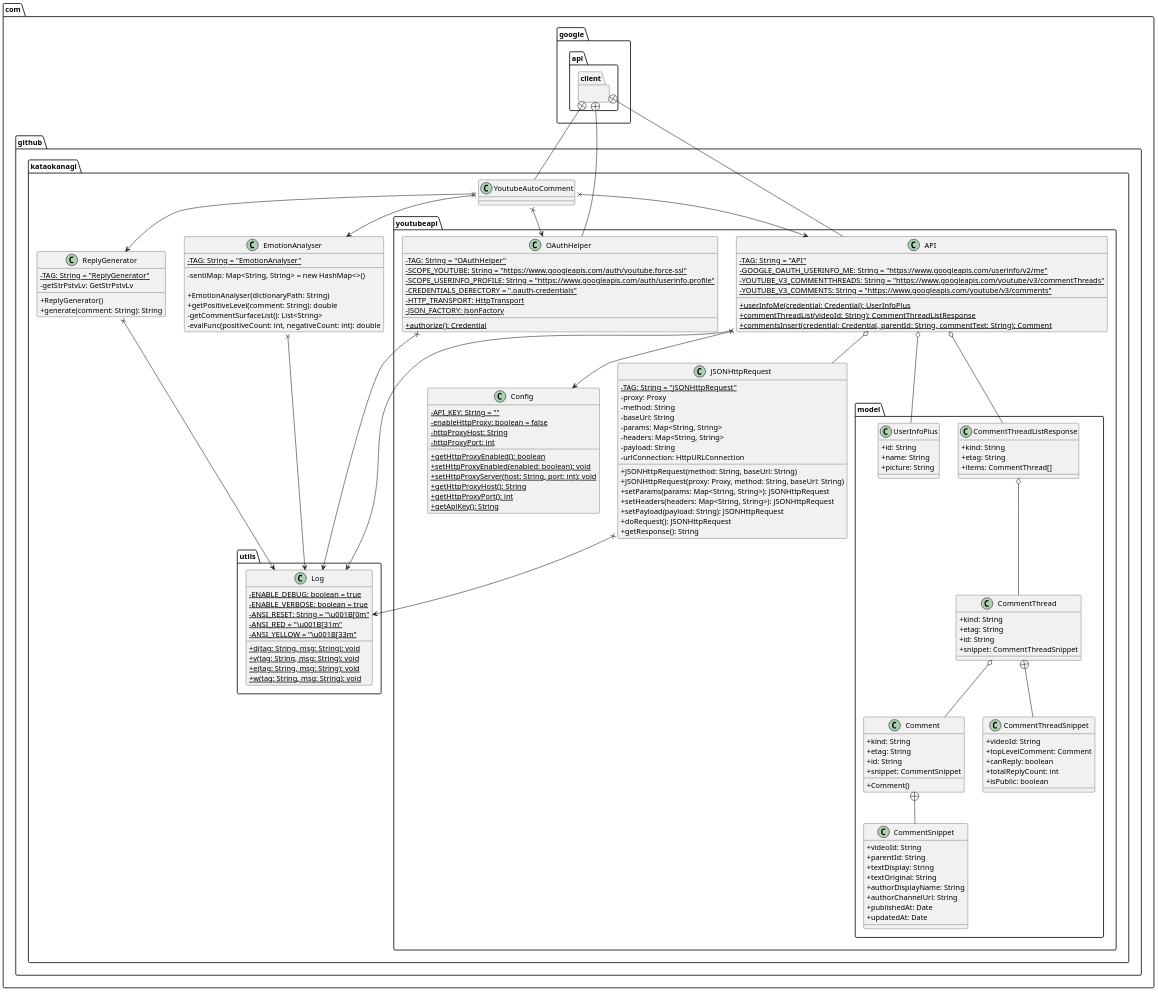
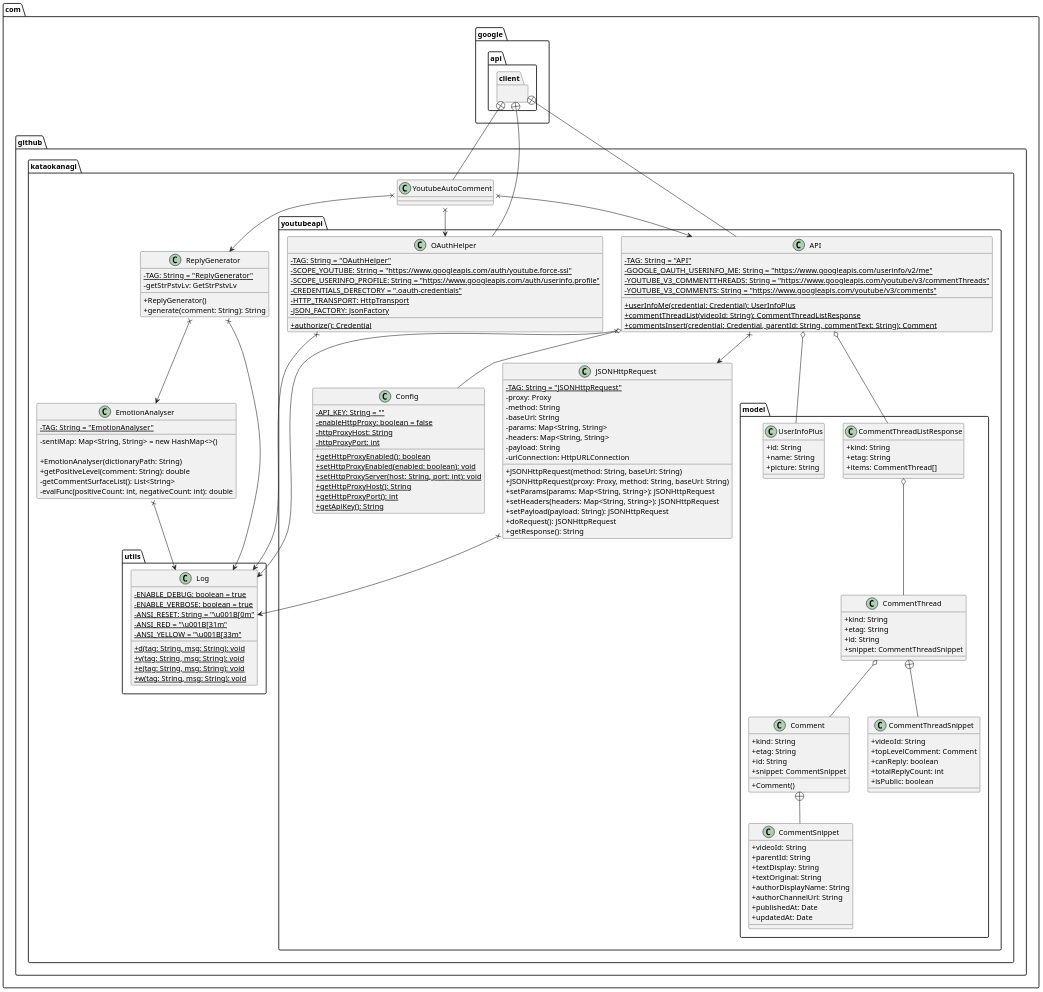
One commit to KataokaNagi/YoutubeAutoComment changed the diagram in uml/YoutubeAutoComment_ClassDiagram.pu. Above: the diagram before and after it, drawn with PlantUML. The commit also changed other lines of this file, not shown here.

Commit message:
クラス図微調整

```diff
--- a/uml/YoutubeAutoComment_ClassDiagram.pu
+++ b/uml/YoutubeAutoComment_ClassDiagram.pu
@@ -11,196 +11,196 @@
 @startuml out/ClassDiagram.png
 scale 1.5
 skinparam DefaultFontName メイリオ
 ' 可視性の変更
 skinparam classAttributeIconSize 0
 
 ' class def
 ' @see https://qiita.com/KeithYokoma/items/ee21fec6a3ebb5d1e9a8
 
 package com.github.kataokanagi {
   package com.github.kataokanagi.utils {
   }
   package com.github.kataokanagi.youtubeapi {
     package com.github.kataokanagi.youtubeapi.model {
     }
   }
 }
 
 package com.google.api.client {
 }
 
 package com.github.kataokanagi.utils {
     class Log {
         - {static} ENABLE_DEBUG: boolean = true
         - {static} ENABLE_VERBOSE: boolean = true
         - {static} ANSI_RESET: String = "\u001B[0m"
         - {static} ANSI_RED = "\u001B[31m"
         - {static} ANSI_YELLOW = "\u001B[33m"
 
         + {static} d(tag: String, msg: String): void
         + {static} v(tag: String, msg: String): void
         + {static} e(tag: String, msg: String): void
         + {static} w(tag: String, msg: String): void
     }
 }
 
 package com.github.kataokanagi.youtubeapi.model {
     class Comment {
         + kind: String
         + etag: String
         + id: String
         + snippet: CommentSnippet
 
         + Comment()
     }
 
     class CommentSnippet {
         + videoId: String
         + parentId: String
         + textDisplay: String
         + textOriginal: String
         + authorDisplayName: String
         + authorChannelUrl: String
         + publishedAt: Date
         + updatedAt: Date
     }
 
     Comment +-- CommentSnippet
 
     class CommentThread {
         + kind: String
         + etag: String
         + id: String
         + snippet: CommentThreadSnippet
     }
 
     class CommentThreadSnippet {
         + videoId: String
         + topLevelComment: Comment
         + canReply: boolean
         + totalReplyCount: int
         + isPublic: boolean
     }
 
     CommentThread +-- CommentThreadSnippet
 
     class CommentThreadListResponse {
         + kind: String
         + etag: String
         + items: CommentThread[]
     }
 
     CommentThreadListResponse o-- CommentThread
     CommentThread o-- Comment
 
     class UserInfoPlus {
         + id: String
         + name: String
         + picture: String
     }
 }
 
 package com.github.kataokanagi.youtubeapi {
     class API {
         - {static} TAG: String = "API"
         - {static} GOOGLE_OAUTH_USERINFO_ME: String = "https://www.googleapis.com/userinfo/v2/me"
         - {static} YOUTUBE_V3_COMMENTTHREADS: String = "https://www.googleapis.com/youtube/v3/commentThreads"
         - {static} YOUTUBE_V3_COMMENTS: String = "https://www.googleapis.com/youtube/v3/comments"
 
         + {static} userInfoMe(credential: Credential): UserInfoPlus
         + {static} commentThreadList(videoId: String): CommentThreadListResponse
         + {static} commentsInsert(credential: Credential, parentId: String, commentText: String): Comment
         ' + {static} replyComment(videoId: String, comment: String): void ' 仮に追加していたもの（片岡）
     }
 
     class Config {
         - {static} API_KEY: String = ""
         - {static} enableHttpProxy: boolean = false
         - {static} httpProxyHost: String
         - {static} httpProxyPort: int
 
         + {static} getHttpProxyEnabled(): boolean
         + {static} setHttpProxyEnabled(enabled: boolean): void
         + {static} setHttpProxyServer(host: String, port: int): void
         + {static} getHttpProxyHost(): String
         + {static} getHttpProxyPort(): int
         + {static} getApiKey(): String
     }
 
     class JSONHttpRequest {
         - {static} TAG: String = "JSONHttpRequest"
         - proxy: Proxy
         - method: String
         - baseUrl: String
         - params: Map<String, String>
         - headers: Map<String, String>
         - payload: String
         - urlConnection: HttpURLConnection
 
         + JSONHttpRequest(method: String, baseUrl: String)
         + JSONHttpRequest(proxy: Proxy, method: String, baseUrl: String)
         + setParams(params: Map<String, String>): JSONHttpRequest
         + setHeaders(headers: Map<String, String>): JSONHttpRequest
         + setPayload(payload: String): JSONHttpRequest
         + doRequest(): JSONHttpRequest
         + getResponse(): String
     }
 
   class OAuthHelper {
     - {static} TAG: String = "OAuthHelper"
     - {static} SCOPE_YOUTUBE: String = "https://www.googleapis.com/auth/youtube.force-ssl"
     - {static} SCOPE_USERINFO_PROFILE: String = "https://www.googleapis.com/auth/userinfo.profile"
     - {static} CREDENTIALS_DERECTORY = ".oauth-credentials"
     - {static} HTTP_TRANSPORT: HttpTransport
     - {static} JSON_FACTORY: JsonFactory
 
     + {static} authorize(): Credential
   }
 }
 
 package com.github.kataokanagi {
     class YoutubeAutoComment {
     }
 
     class EmotionAnalyser {
         - {static} TAG: String = "EmotionAnalyser"
         - sentiMap: Map<String, String> = new HashMap<>()
 
         + EmotionAnalyser(dictionaryPath: String)
         + getPositiveLevel(comment: String): double
         - getCommentSurfaceList(): List<String>
         - evalFunc(positiveCount: int, negativeCount: int): double
     }
 
     class ReplyGenerator {
         - {static} TAG: String = "ReplyGenerator"
         - getStrPstvLv: GetStrPstvLv
 
         + ReplyGenerator()
         + generate(comment: String): String
     }
 }
 
 
 ' API o-- Log
 EmotionAnalyser x--> Log
 ReplyGenerator x--> Log
 JSONHttpRequest x--> Log
 OAuthHelper x--> Log
 API x--> Log
 
 API o-- CommentThreadListResponse
 API o-- UserInfoPlus
-API o-- JSONHttpRequest
-API x--> Config
+API o-- Config
+API x--> JSONHttpRequest
 
 YoutubeAutoComment x--> OAuthHelper
 YoutubeAutoComment x--> API
-YoutubeAutoComment x--> EmotionAnalyser
 YoutubeAutoComment x--> ReplyGenerator
+ReplyGenerator x--> EmotionAnalyser
 
 com.google.api.client +-- API
 com.google.api.client +-- YoutubeAutoComment
 com.google.api.client +-- OAuthHelper
 
 @enduml
```
